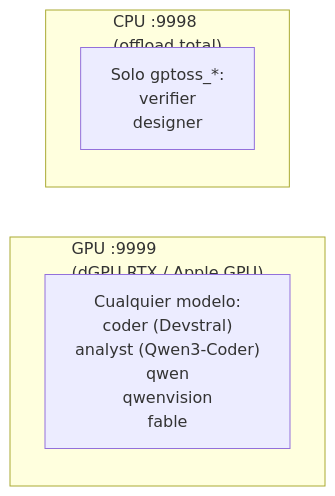
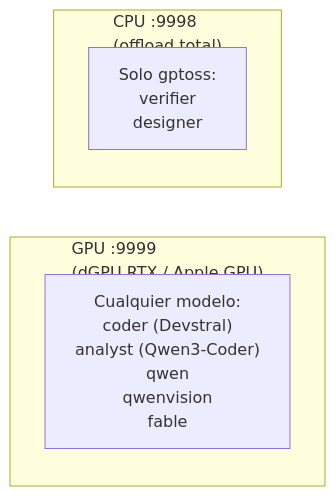
One commit to Lorenzo-SF/ropero changed the first of 2 diagrams in README.md. Above: the diagram before and after it, drawn with Mermaid. The commit also changed other lines of this file and 15 other files, not shown here.

````diff
--- a/README.md
+++ b/README.md
@@ -202,11 +241,11 @@
 ```mermaid
 flowchart LR
     subgraph GPU["GPU :9999<br/>(dGPU RTX / Apple GPU)"]
         direction TB
         GPU_MODELS["Cualquier modelo:<br/>coder (Devstral)<br/>analyst (Qwen3-Coder)<br/>qwen<br/>qwenvision<br/>fable"]
     end
     subgraph CPU["CPU :9998<br/>(offload total)"]
         direction TB
-        CPU_MODELS["Solo gptoss_*:<br/>verifier<br/>designer"]
+        CPU_MODELS["Solo gptoss:<br/>verifier<br/>designer"]
     end
 ```
````
